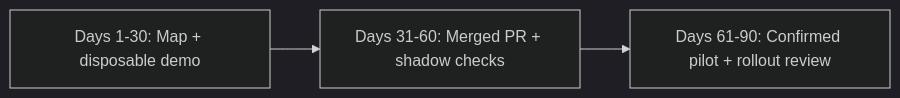
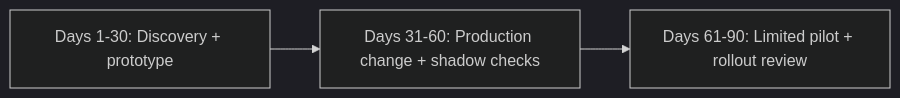
One commit to k-felipe/shipbob-io-architecture-sketch changed the first of 2 diagrams in README.md. Above: the diagram before and after it, drawn with Mermaid (dark theme). The commit also changed other lines of this file and 1 other file, not shown here.

````diff
--- a/README.md
+++ b/README.md
@@ -23,5 +23,5 @@
 ```mermaid
 flowchart LR
-  D30["Days 1-30: Map + disposable demo"] --> D60["Days 31-60: Merged PR + shadow checks"]
-  D60 --> D90["Days 61-90: Confirmed pilot + rollout review"]
+  D30["Days 1-30: Discovery + prototype"] --> D60["Days 31-60: Production change + shadow checks"]
+  D60 --> D90["Days 61-90: Limited pilot + rollout review"]
 ```
````
